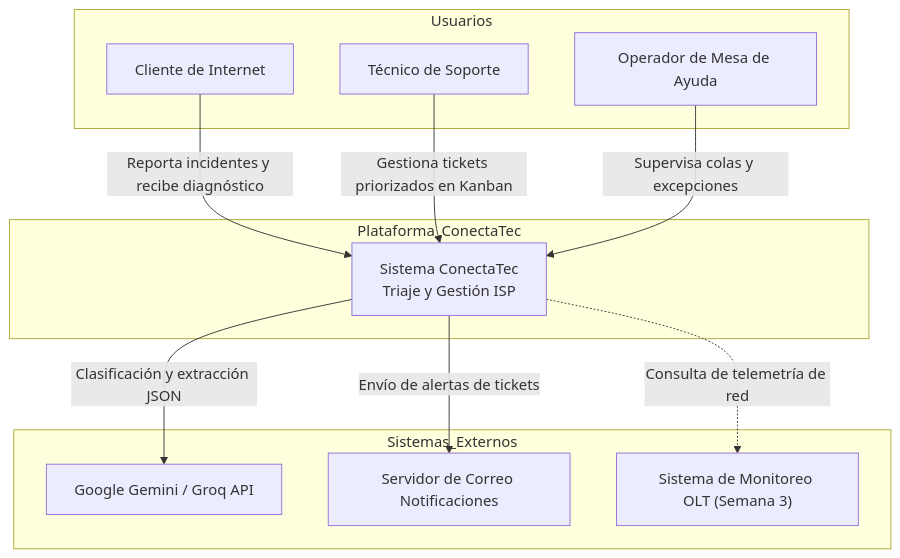
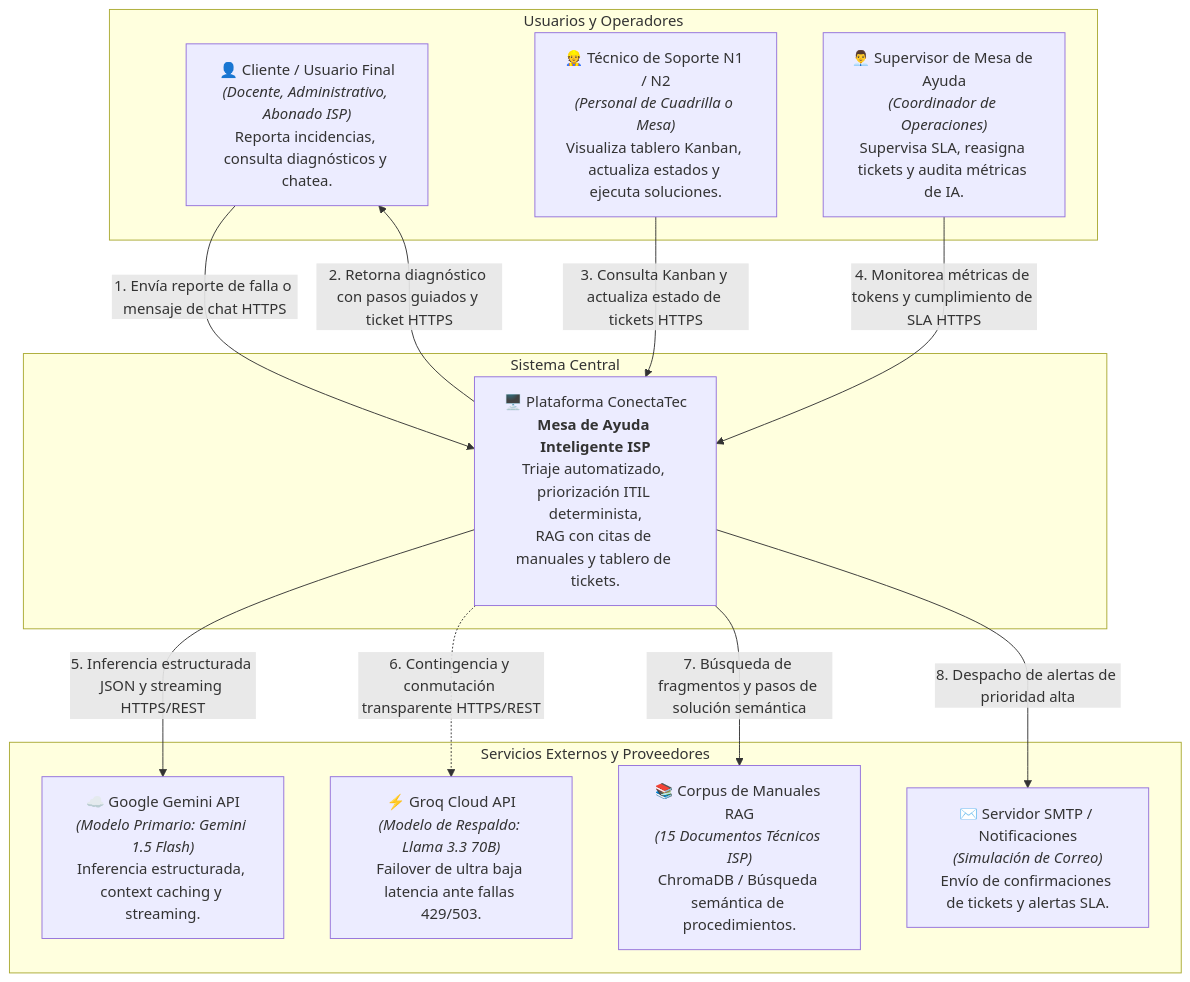
The first of 6 diagrams in docs/03-arquitectura.md (cgmorales12/conectatec-grupo-3), drawn with Mermaid before and after one commit. The commit also changed other lines of this file, not shown here.

Commit message:
docs(c4): actualizar arquitectura del sistema con modelo C4 completo niveles 1 al 4

````diff
--- a/docs/03-arquitectura.md
+++ b/docs/03-arquitectura.md
@@ -3,26 +14,29 @@
 ```mermaid
 flowchart TD
-    subgraph Usuarios
-        C["Cliente de Internet"]
-        T["Técnico de Soporte"]
-        O["Operador de Mesa de Ayuda"]
+    subgraph Actores_Humanos["Usuarios y Operadores"]
+        C["👤 Cliente / Usuario Final<br/><i>(Docente, Administrativo, Abonado ISP)</i><br/>Reporta incidencias, consulta diagnósticos y chatea."]
+        T["👷 Técnico de Soporte N1 / N2<br/><i>(Personal de Cuadrilla o Mesa)</i><br/>Visualiza tablero Kanban, actualiza estados y ejecuta soluciones."]
+        O["👨‍💼 Supervisor de Mesa de Ayuda<br/><i>(Coordinador de Operaciones)</i><br/>Supervisa SLA, reasigna tickets y audita métricas de IA."]
     end
 
-    subgraph Plataforma_ConectaTec
-        CT["Sistema ConectaTec<br/>Triaje y Gestión ISP"]
+    subgraph Sistema_ConectaTec["Sistema Central"]
+        CT["🖥️ Plataforma ConectaTec<br/><b>Mesa de Ayuda Inteligente ISP</b><br/>Triaje automatizado, priorización ITIL determinista,<br/>RAG con citas de manuales y tablero de tickets."]
     end
 
-    subgraph Sistemas_Externos
-        LLM["Google Gemini / Groq API"]
-        MAIL["Servidor de Correo Notificaciones"]
-        OLT["Sistema de Monitoreo OLT (Semana 3)"]
+    subgraph Sistemas_Externos["Servicios Externos y Proveedores"]
+        GEMINI["☁️ Google Gemini API<br/><i>(Modelo Primario: Gemini 1.5 Flash)</i><br/>Inferencia estructurada, context caching y streaming."]
+        GROQ["⚡ Groq Cloud API<br/><i>(Modelo de Respaldo: Llama 3.3 70B)</i><br/>Failover de ultra baja latencia ante fallas 429/503."]
+        CHROMA["📚 Corpus de Manuales RAG<br/><i>(15 Documentos Técnicos ISP)</i><br/>ChromaDB / Búsqueda semántica de procedimientos."]
+        SMTP["✉️ Servidor SMTP / Notificaciones<br/><i>(Simulación de Correo)</i><br/>Envío de confirmaciones de tickets y alertas SLA."]
     end
 
-    C -->|Reporta incidentes y recibe diagnóstico| CT
-    T -->|Gestiona tickets priorizados en Kanban| CT
-    O -->|Supervisa colas y excepciones| CT
+    C -->|1. Envía reporte de falla o mensaje de chat HTTPS| CT
+    CT -->|2. Retorna diagnóstico con pasos guiados y ticket HTTPS| C
+    T -->|3. Consulta Kanban y actualiza estado de tickets HTTPS| CT
+    O -->|4. Monitorea métricas de tokens y cumplimiento de SLA HTTPS| CT
 
-    CT -->|Clasificación y extracción JSON| LLM
-    CT -->|Envío de alertas de tickets| MAIL
-    CT -.->|Consulta de telemetría de red| OLT
+    CT -->|5. Inferencia estructurada JSON y streaming HTTPS/REST| GEMINI
+    CT -.->|6. Contingencia y conmutación transparente HTTPS/REST| GROQ
+    CT -->|7. Búsqueda de fragmentos y pasos de solución semántica| CHROMA
+    CT -->|8. Despacho de alertas de prioridad alta| SMTP
 ```
````
